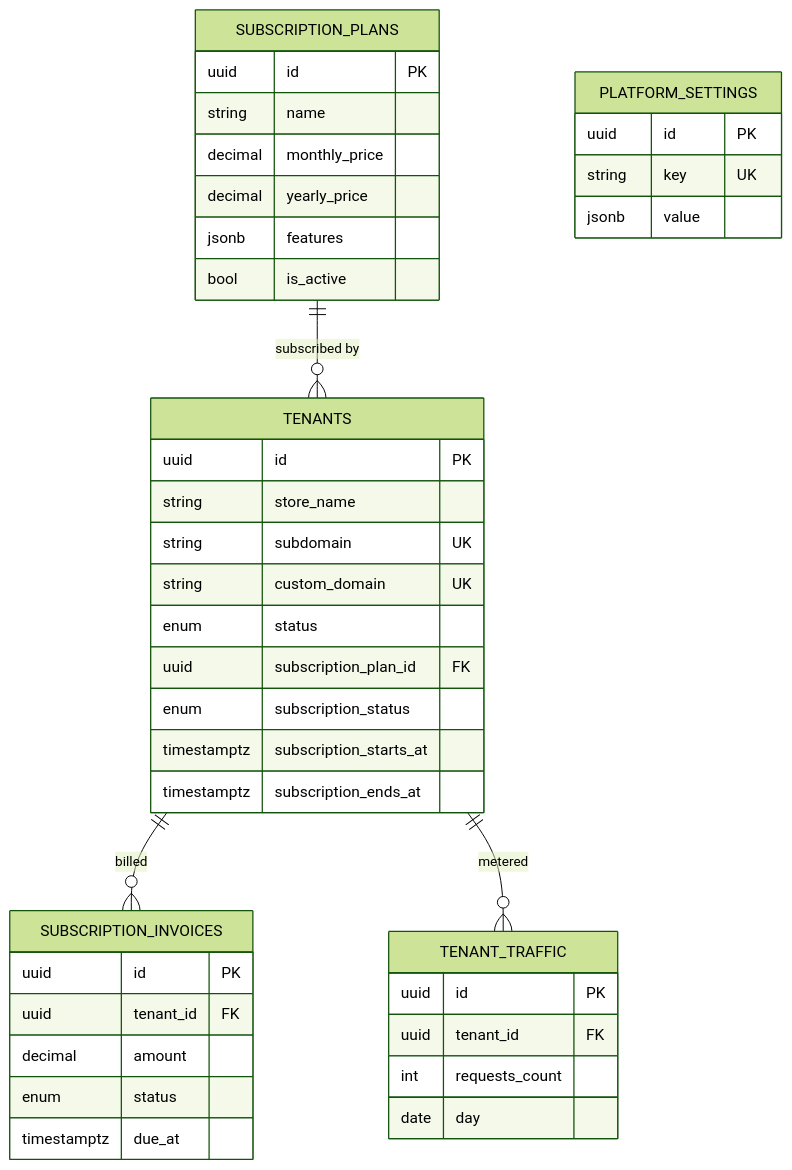
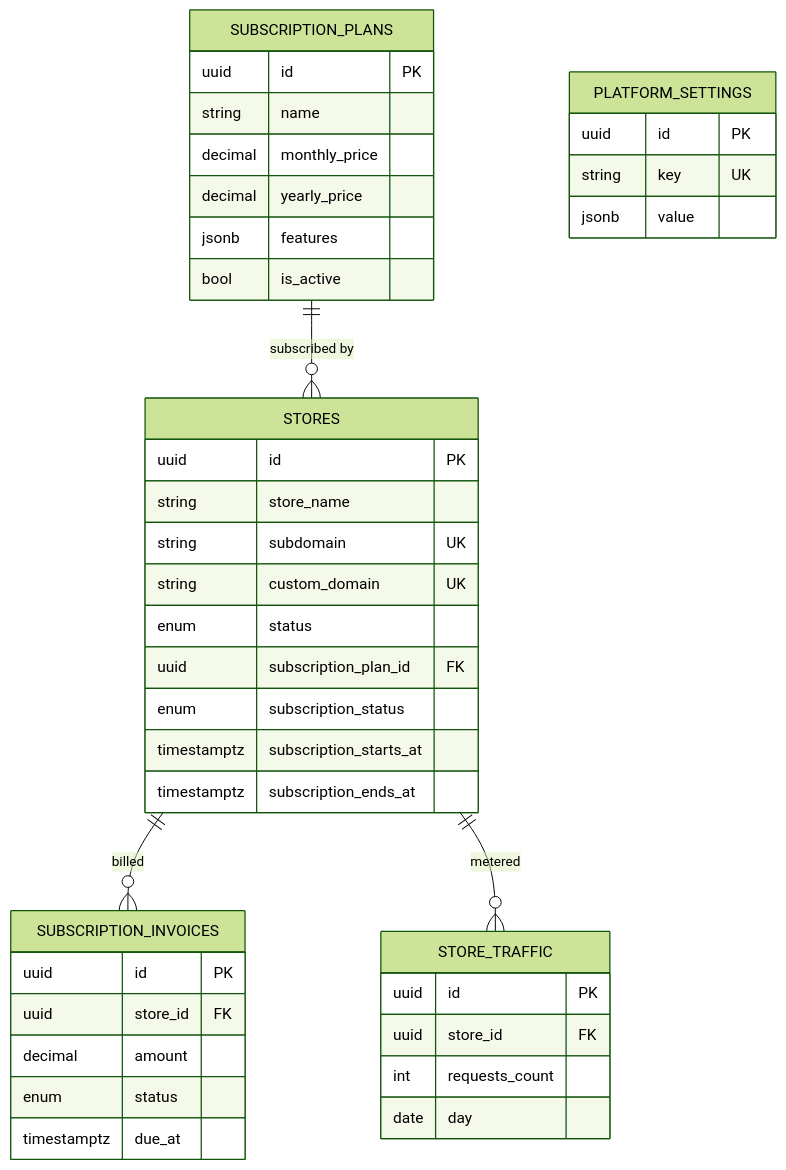
One commit to gowtamkumar/eCommerce-multi-store-saas-erp changed the second of 7 diagrams in doc/system-design/database_design_diagrams.md. Above: the diagram before and after it, drawn with Mermaid (forest theme). The commit also changed other lines of this file and 764 other files, not shown here.

````diff
--- a/doc/system-design/database_design_diagrams.md
+++ b/doc/system-design/database_design_diagrams.md
@@ -77,44 +77,44 @@
 ```mermaid
 erDiagram
-  TENANTS {
+  STORES {
     uuid id PK
     string store_name
     string subdomain UK
     string custom_domain UK
     enum status
     uuid subscription_plan_id FK
     enum subscription_status
     timestamptz subscription_starts_at
     timestamptz subscription_ends_at
   }
   SUBSCRIPTION_PLANS {
     uuid id PK
     string name
     decimal monthly_price
     decimal yearly_price
     jsonb features
     bool is_active
   }
   SUBSCRIPTION_INVOICES {
     uuid id PK
-    uuid tenant_id FK
+    uuid store_id FK
     decimal amount
     enum status
     timestamptz due_at
   }
   PLATFORM_SETTINGS {
     uuid id PK
     string key UK
     jsonb value
   }
-  TENANT_TRAFFIC {
+  STORE_TRAFFIC {
     uuid id PK
-    uuid tenant_id FK
+    uuid store_id FK
     int requests_count
     date day
   }
 
-  SUBSCRIPTION_PLANS ||--o{ TENANTS             : "subscribed by"
-  TENANTS ||--o{ SUBSCRIPTION_INVOICES          : "billed"
-  TENANTS ||--o{ TENANT_TRAFFIC                : "metered"
+  SUBSCRIPTION_PLANS ||--o{ STORES             : "subscribed by"
+  STORES ||--o{ SUBSCRIPTION_INVOICES          : "billed"
+  STORES ||--o{ STORE_TRAFFIC                : "metered"
 ```
````
